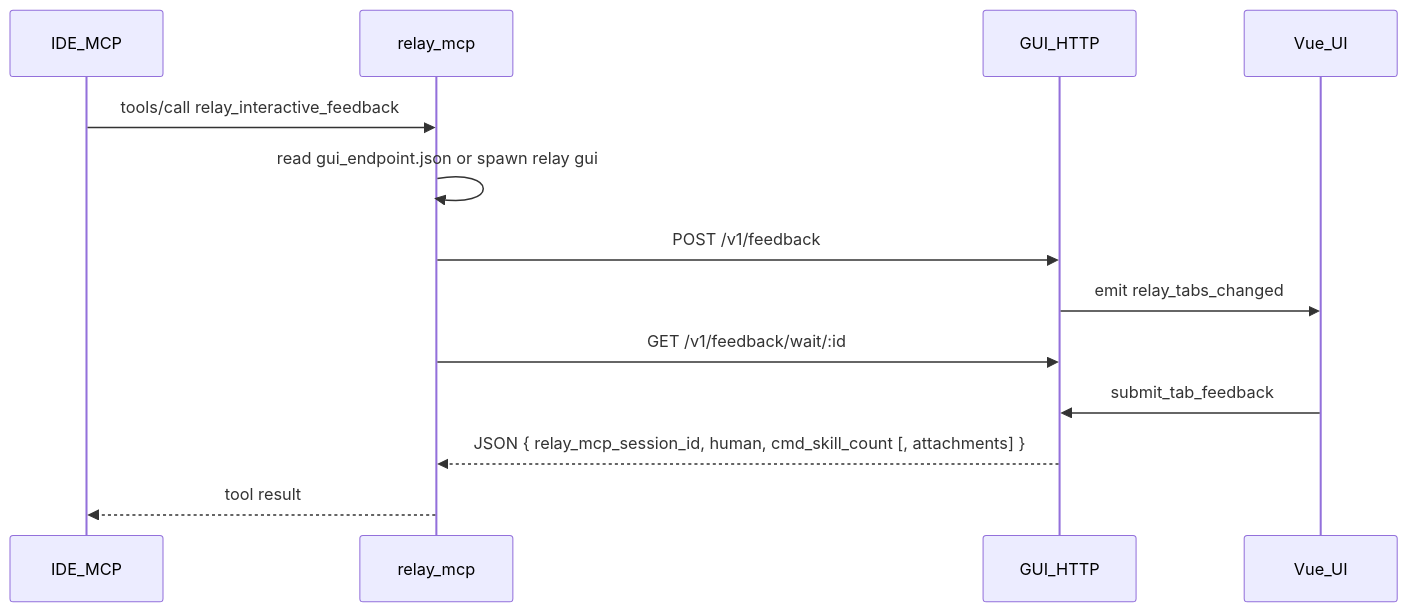
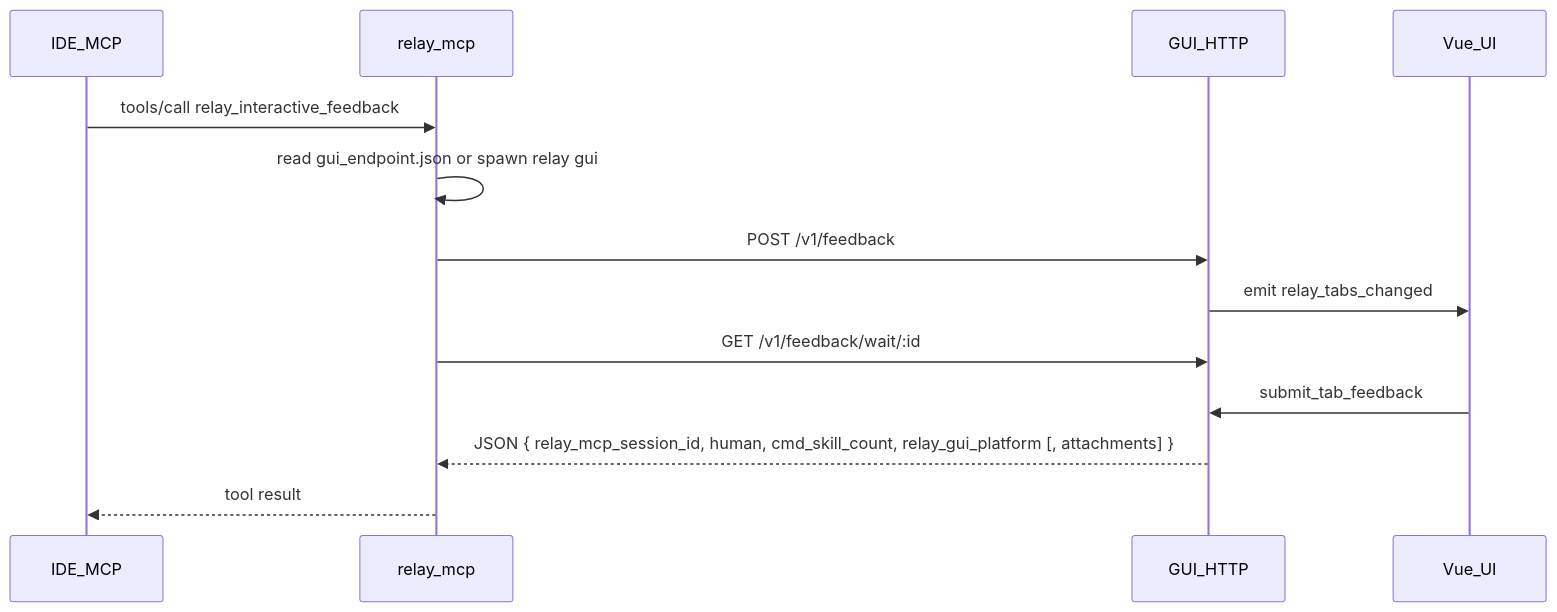
The diagram in docs/HTTP_IPC.md (andeya/ide-relay-mcp), drawn with Mermaid before and after one commit. The commit also changed other lines of this file, not shown here.

Commit message:
docs: relay_gui_platform and Linux MCP path replacement
Made-with: Cursor

````diff
--- a/docs/HTTP_IPC.md
+++ b/docs/HTTP_IPC.md
@@ -5,16 +5,16 @@
 ```mermaid
 sequenceDiagram
     participant IDE as IDE_MCP
     participant Mcp as relay_mcp
     participant Http as GUI_HTTP
     participant UI as Vue_UI
 
     IDE->>Mcp: tools/call relay_interactive_feedback
     Mcp->>Mcp: read gui_endpoint.json or spawn relay gui
     Mcp->>Http: POST /v1/feedback
     Http->>UI: emit relay_tabs_changed
     Mcp->>Http: GET /v1/feedback/wait/:id
     UI->>Http: submit_tab_feedback
-    Http-->>Mcp: JSON { relay_mcp_session_id, human, cmd_skill_count [, attachments] }
+    Http-->>Mcp: JSON { relay_mcp_session_id, human, cmd_skill_count, relay_gui_platform [, attachments] }
     Mcp-->>IDE: tool result
 ```
````
